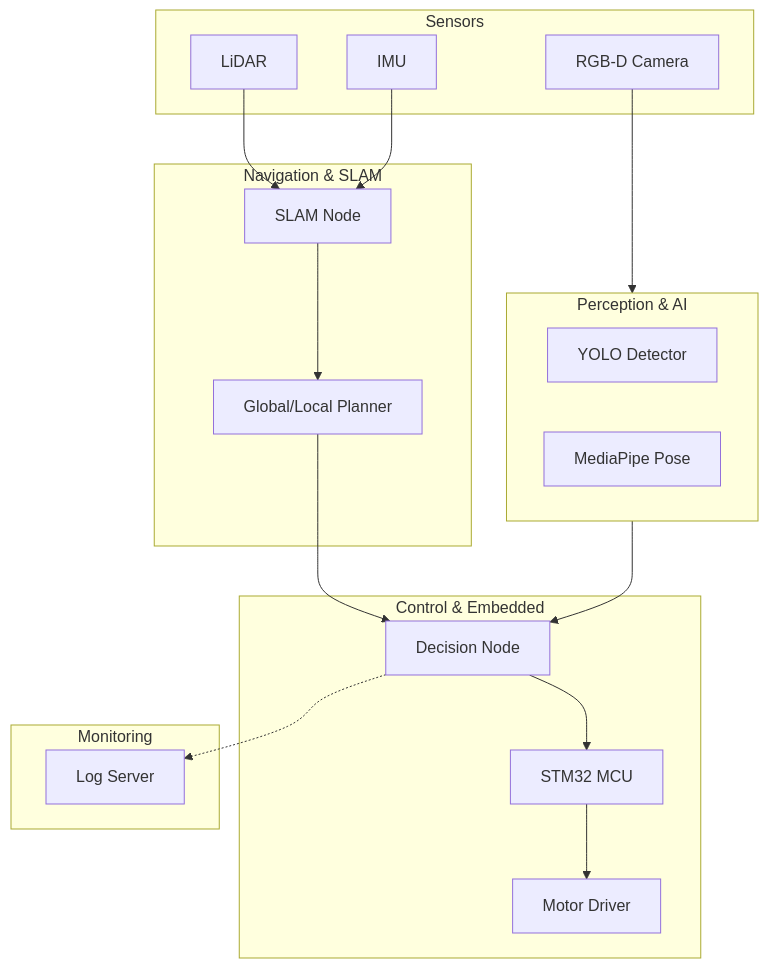
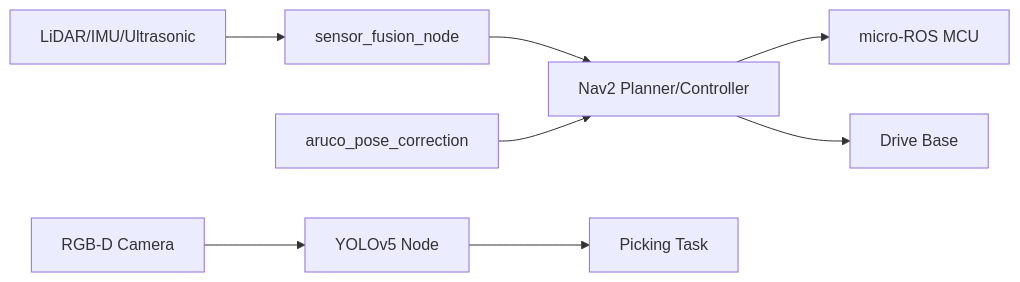
Before and after one commit to hinoonyaso/portfolio: the first of 2 diagrams in README.md, drawn with Mermaid. The commit also changed other lines of this file and 3 other files, not shown here.

````diff
--- a/README.md
+++ b/README.md
@@ -30,38 +48,10 @@
 ```mermaid
-flowchart TD
-    subgraph Sensing [Sensors]
-        Cam[RGB-D Camera]
-        Lidar[LiDAR]
-        Imu[IMU]
-    end
-
-    subgraph AI [Perception & AI]
-        Yolo[YOLO Detector]
-        MP[MediaPipe Pose]
-    end
-
-    subgraph Nav [Navigation & SLAM]
-        SLAM[SLAM Node]
-        Planner[Global/Local Planner]
-    end
-
-    subgraph Ctrl [Control & Embedded]
-        Decision[Decision Node]
-        STM32[STM32 MCU]
-        Motor[Motor Driver]
-    end
-
-    subgraph Cloud [Monitoring]
-        Logger[Log Server]
-    end
-
-    Cam --> AI
-    Lidar --> SLAM
-    Imu --> SLAM
-    AI --> Decision
-    SLAM --> Planner
-    Planner --> Decision
-    Decision --> STM32
-    STM32 --> Motor
-    Decision -.-> Logger
+flowchart LR
+    Sensors[LiDAR/IMU/Ultrasonic] --> Fusion[sensor_fusion_node]
+    Fusion --> Nav2[Nav2 Planner/Controller]
+    Camera[RGB-D Camera] --> YOLO[YOLOv5 Node]
+    Nav2 --> MCU[micro-ROS MCU]
+    ArUco[aruco_pose_correction] --> Nav2
+    Nav2 --> Base[Drive Base]
+    YOLO --> Task[Picking Task]
 ```
````
